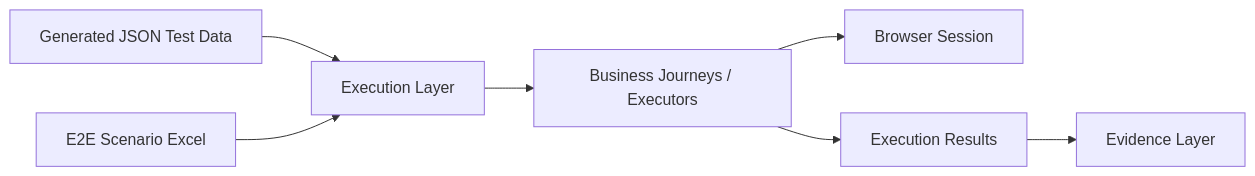
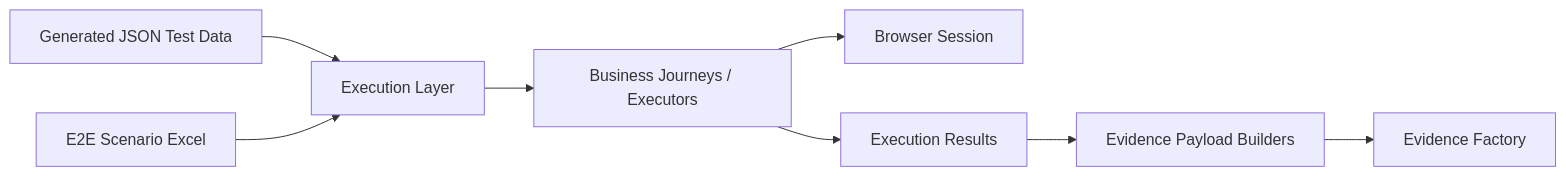
The first of 3 diagrams in src/frameworkCore/executionLayer/README.md (vijaytomar81/AZOnline), drawn with Mermaid before and after one commit. The commit also changed other lines of this file, not shown here.

````diff
--- a/src/frameworkCore/executionLayer/README.md
+++ b/src/frameworkCore/executionLayer/README.md
@@ -40,18 +40,20 @@
-~~~mermaid
+```mermaid
 flowchart LR
 
     A[Generated JSON Test Data]
     B[E2E Scenario Excel]
     C[Execution Layer]
     D[Business Journeys / Executors]
     E[Browser Session]
     F[Execution Results]
-    G[Evidence Layer]
+    G[Evidence Payload Builders]
+    H[Evidence Factory]
 
     A --> C
     B --> C
     C --> D
     D --> E
     D --> F
     F --> G
-~~~
+    G --> H
+```
````
